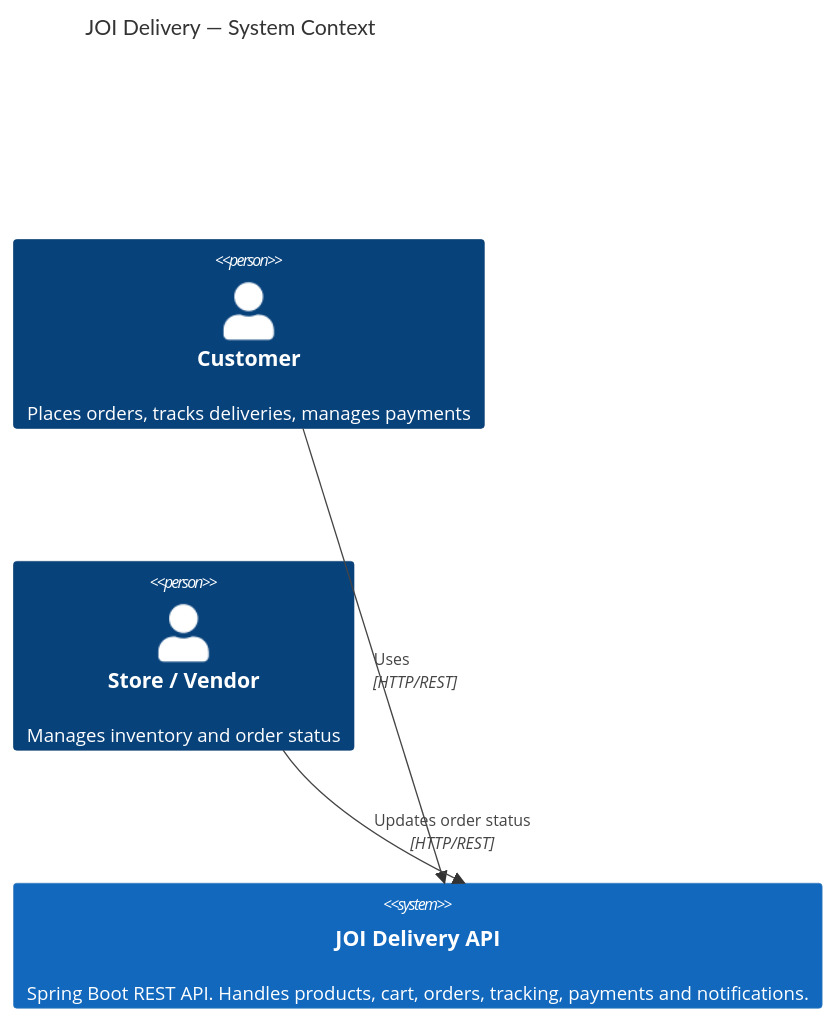
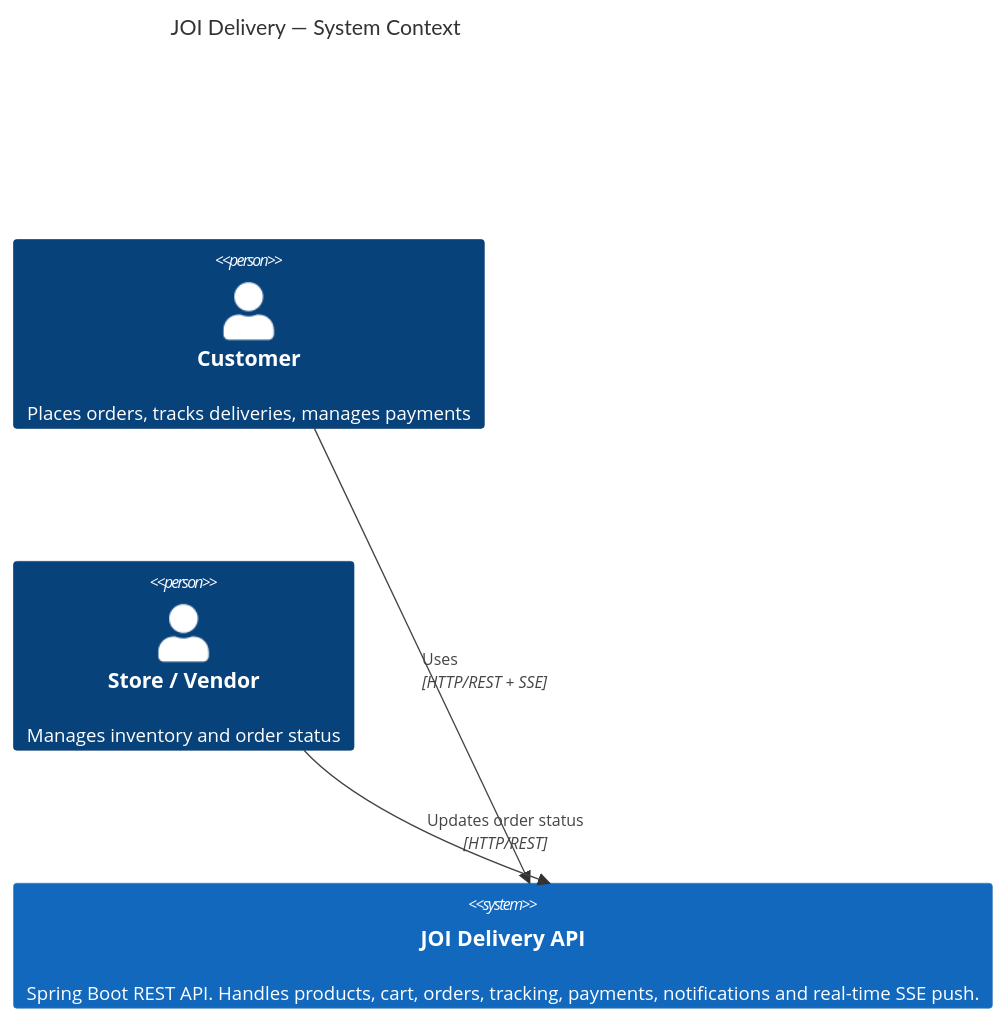
One commit to sercheo87/joi-delivery-java changed the second of 9 diagrams in DEVELOPMENT.md. Above: the diagram before and after it, drawn with Mermaid. The commit also changed other lines of this file and 6 other files, not shown here.

First line of the commit message:
feat(realtime): add SSE push for notifications via ApplicationEventPublisher

````diff
--- a/DEVELOPMENT.md
+++ b/DEVELOPMENT.md
@@ -79,12 +79,12 @@
 ```mermaid
 C4Context
     title JOI Delivery — System Context
 
     Person(customer, "Customer", "Places orders, tracks deliveries, manages payments")
     Person(vendor, "Store / Vendor", "Manages inventory and order status")
 
-    System(joi, "JOI Delivery API", "Spring Boot REST API. Handles products, cart, orders, tracking, payments and notifications.")
+    System(joi, "JOI Delivery API", "Spring Boot REST API. Handles products, cart, orders, tracking, payments, notifications and real-time SSE push.")
 
-    Rel(customer, joi, "Uses", "HTTP/REST")
+    Rel(customer, joi, "Uses", "HTTP/REST + SSE")
     Rel(vendor, joi, "Updates order status", "HTTP/REST")
 ```
````
